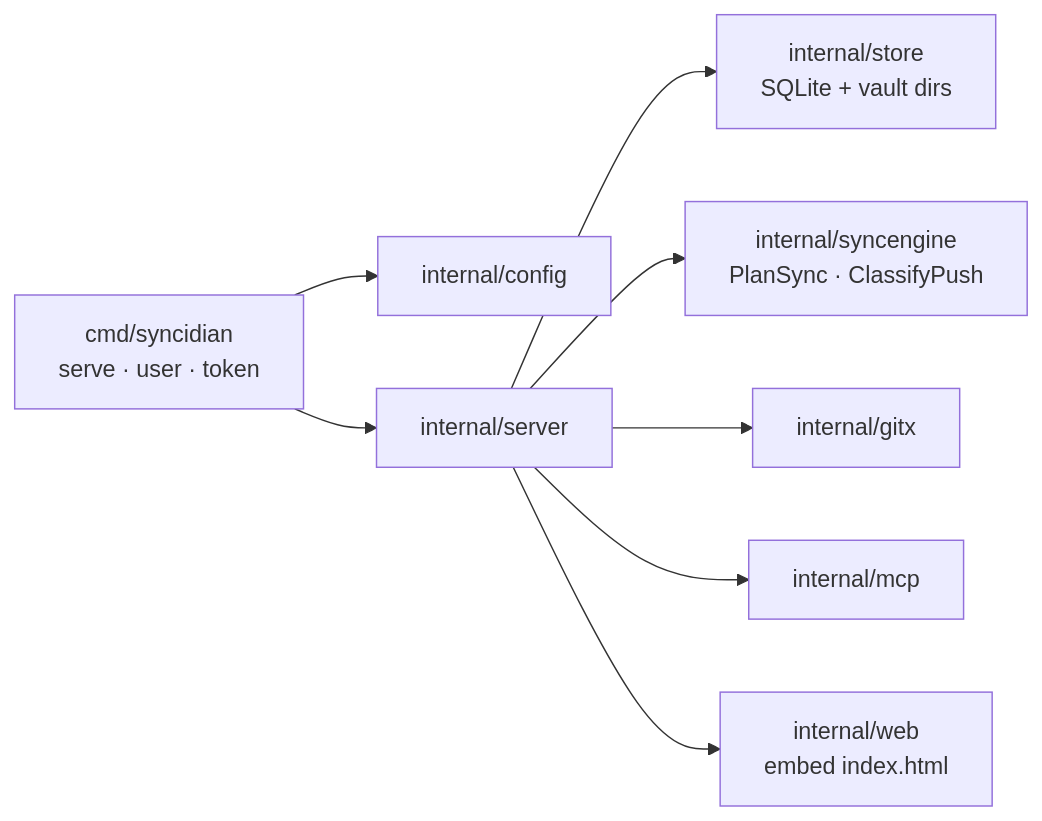
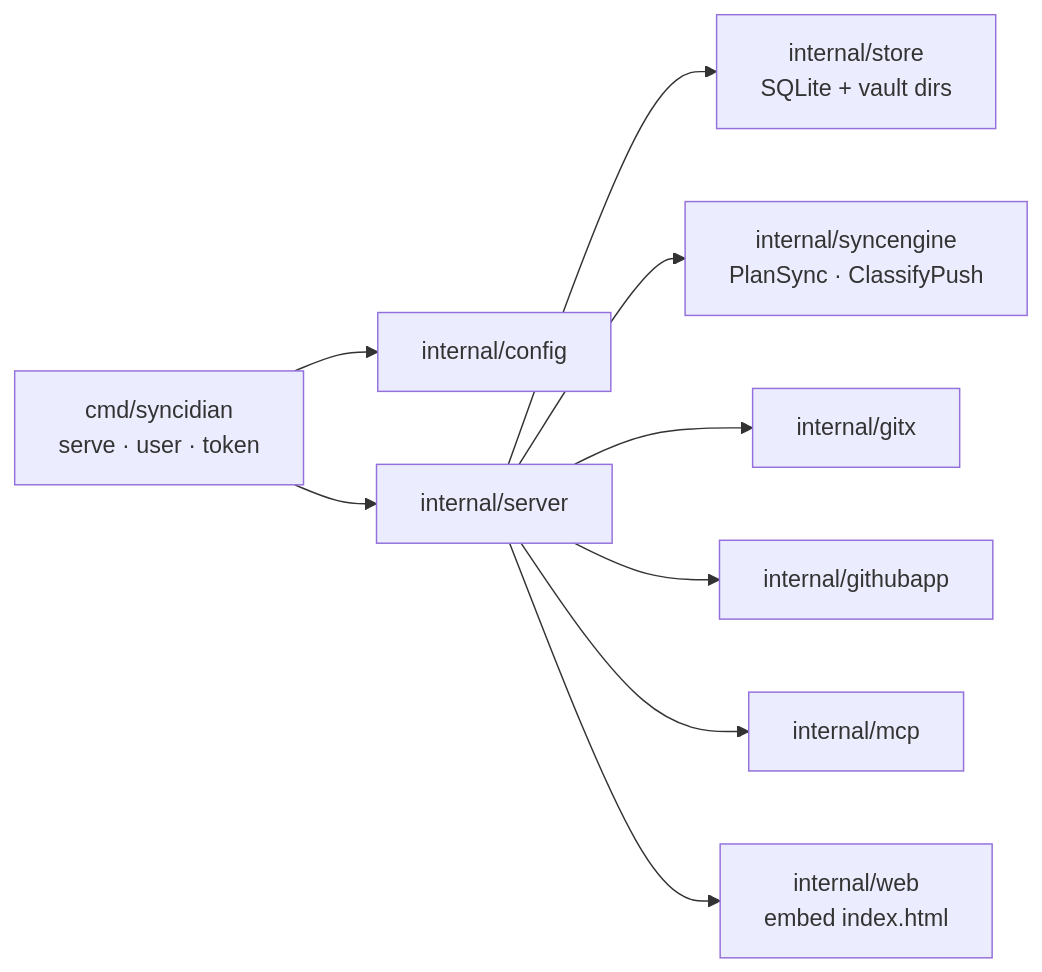
The second of 13 diagrams in docs/architecture.md (shangeethsivan/Syncidian), drawn with Mermaid before and after one commit. The commit also changed other lines of this file and 13 other files, not shown here.

````diff
--- a/docs/architecture.md
+++ b/docs/architecture.md
@@ -66,10 +66,11 @@
 ```mermaid
 flowchart LR
   CMD["cmd/syncidian<br/>serve · user · token"] --> CFG["internal/config"]
   CMD --> SRV["internal/server"]
   SRV --> ST["internal/store<br/>SQLite + vault dirs"]
   SRV --> ENG["internal/syncengine<br/>PlanSync · ClassifyPush"]
   SRV --> GIT["internal/gitx"]
+  SRV --> GHA["internal/githubapp"]
   SRV --> MCP["internal/mcp"]
   SRV --> WEB["internal/web<br/>embed index.html"]
 ```
````
